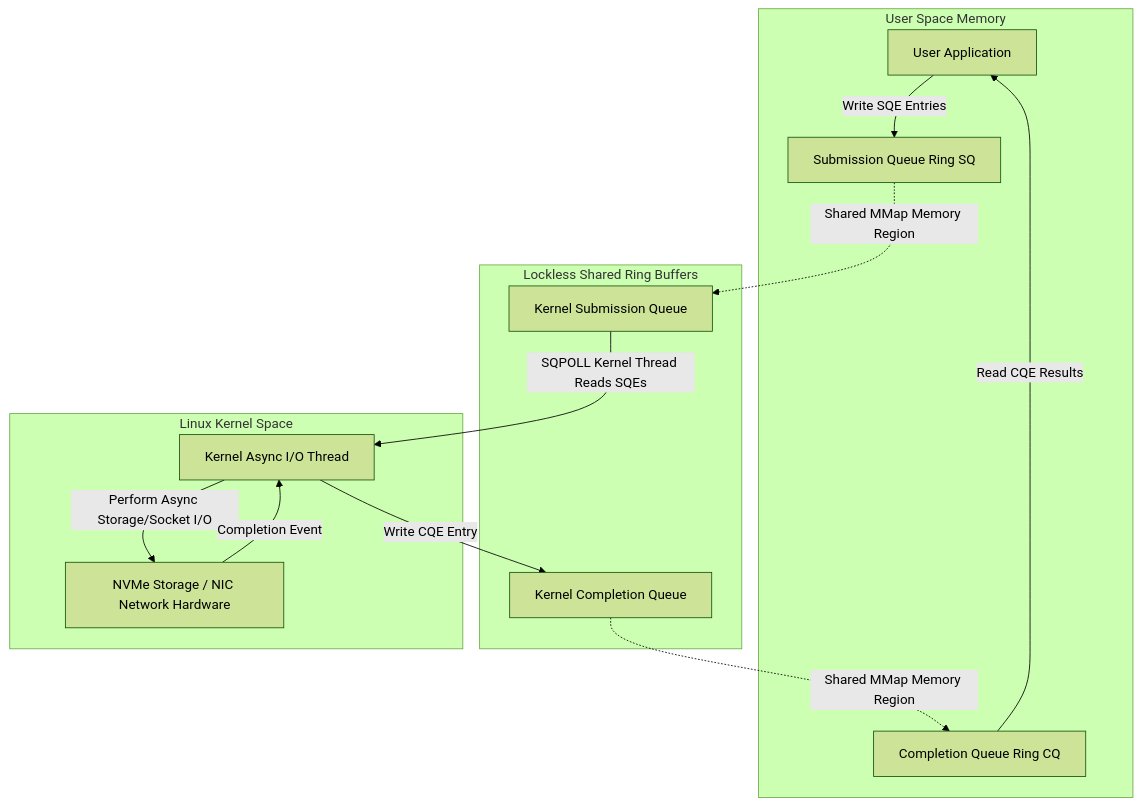
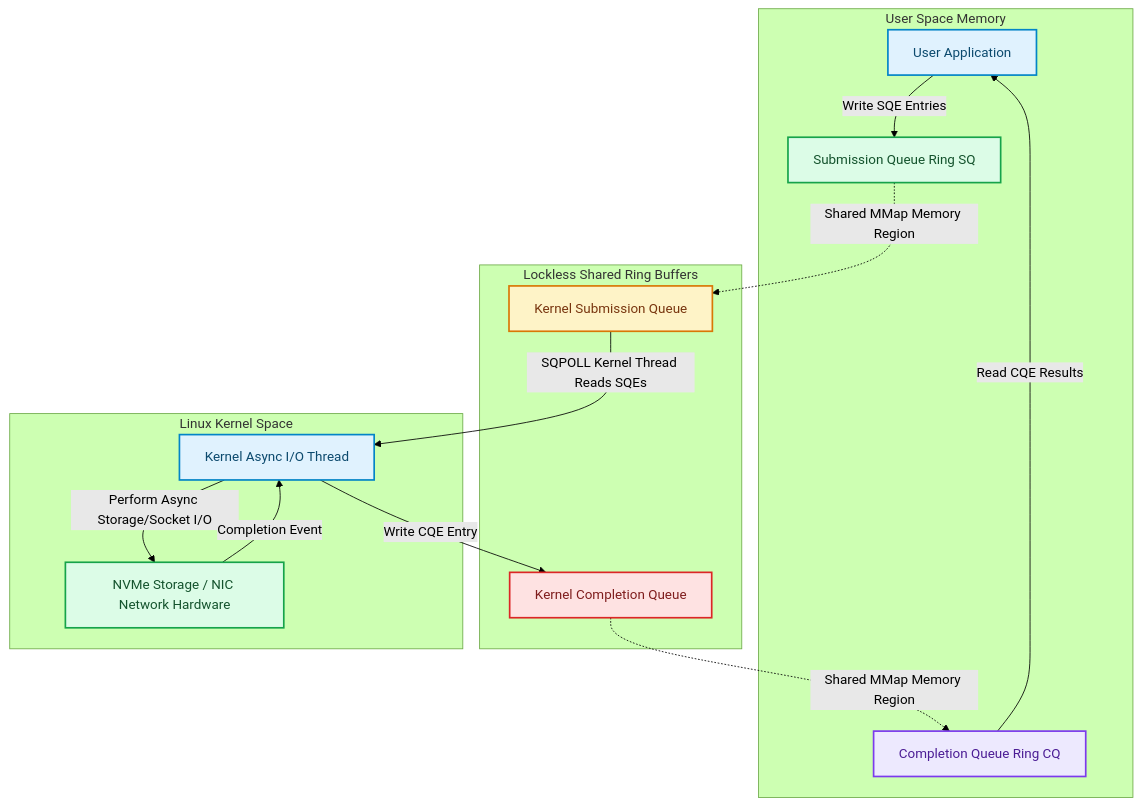
The diagram in blog/posts/linux-kernel-async-io-io-uring-architecture-ring-buffers.md (akmalkhaniub/akmalkhaniub.github.io), drawn with Mermaid (forest theme) before and after one commit. The commit also changed other lines of this file and 1291 other files, not shown here.

First line of the commit message:
feat(catalog): unique covers, scholarly references, and diagram palettes

````diff
--- a/blog/posts/linux-kernel-async-io-io-uring-architecture-ring-buffers.md
+++ b/blog/posts/linux-kernel-async-io-io-uring-architecture-ring-buffers.md
@@ -19,19 +19,30 @@
 ```mermaid
 flowchart TD
   subgraph SG1_UserSpaceMemory ["User Space Memory"]
-    App[User Application] -->|Write SQE Entries| SQ[Submission Queue Ring SQ]
-    CQ[Completion Queue Ring CQ] -->|Read CQE Results| App
+    App["User Application"] -->|Write SQE Entries| SQ["Submission Queue Ring SQ"]
+    CQ["Completion Queue Ring CQ"] -->|Read CQE Results| App
   end
   
   subgraph SG2_LocklessSharedRing ["Lockless Shared Ring Buffers"]
-    SQ -.->|Shared MMap Memory Region| SQ_K[Kernel Submission Queue]
-    CQ_K[Kernel Completion Queue] -.->|Shared MMap Memory Region| CQ
+    SQ -.->|Shared MMap Memory Region| SQ_K["Kernel Submission Queue"]
+    CQ_K["Kernel Completion Queue"] -.->|Shared MMap Memory Region| CQ
   end
   
   subgraph SG3_LinuxKernelSpace ["Linux Kernel Space"]
-    SQ_K -->|SQPOLL Kernel Thread Reads SQEs| KernelThread[Kernel Async I/O Thread]
-    KernelThread -->|Perform Async Storage/Socket I/O| NVMe[NVMe Storage / NIC Network Hardware]
+    SQ_K -->|SQPOLL Kernel Thread Reads SQEs| KernelThread["Kernel Async I/O Thread"]
+    KernelThread -->|Perform Async Storage/Socket I/O| NVMe["NVMe Storage / NIC Network Hardware"]
     NVMe -->|Completion Event| KernelThread
     KernelThread -->|Write CQE Entry| CQ_K
   end
+
+classDef green fill:#dcfce7,stroke:#16a34a,stroke-width:2px,color:#14532d;
+classDef red fill:#fee2e2,stroke:#dc2626,stroke-width:2px,color:#7f1d1d;
+classDef blue fill:#e0f2fe,stroke:#0284c7,stroke-width:2px,color:#0c4a6e;
+classDef yellow fill:#fef3c7,stroke:#d97706,stroke-width:2px,color:#78350f;
+classDef purple fill:#ede9fe,stroke:#7c3aed,stroke-width:2px,color:#4c1d95;
+class App,KernelThread blue
+class SQ,NVMe green
+class CQ purple
+class SQ_K yellow
+class CQ_K red
 ```
````
